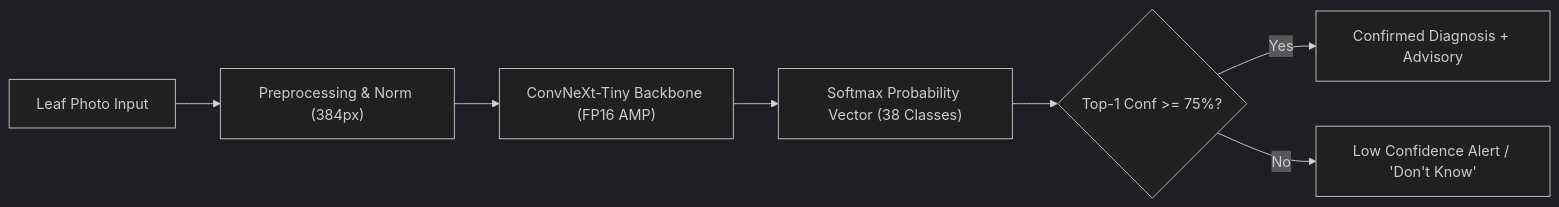
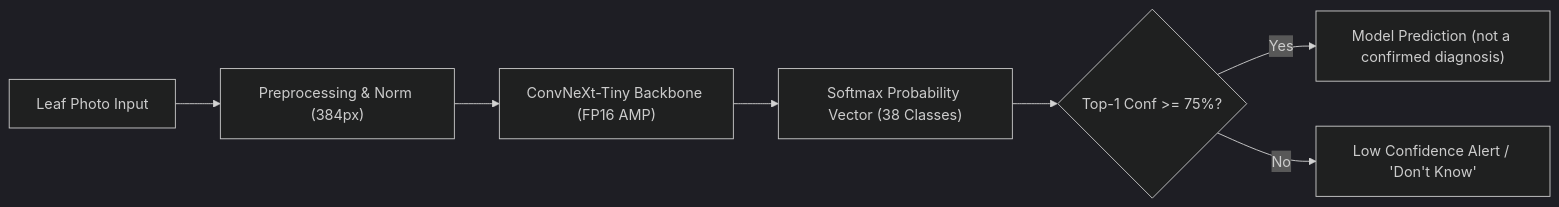
Before and after one commit to atharva557/AGRISMART_AI: the diagram in README.md, drawn with Mermaid (dark theme). The commit also changed other lines of this file and 5 other files, not shown here.

````diff
--- a/README.md
+++ b/README.md
@@ -111,9 +124,9 @@
 ```mermaid
 flowchart LR
     A["Leaf Photo Input"] --> B["Preprocessing & Norm (384px)"]
     B --> C["ConvNeXt-Tiny Backbone (FP16 AMP)"]
     C --> D["Softmax Probability Vector (38 Classes)"]
     D --> E{"Top-1 Conf >= 75%?"}
-    E -- Yes --> F["Confirmed Diagnosis + Advisory"]
+    E -- Yes --> F["Model Prediction (not a confirmed diagnosis)"]
     E -- No --> G["Low Confidence Alert / 'Don't Know'"]
 ```
````
